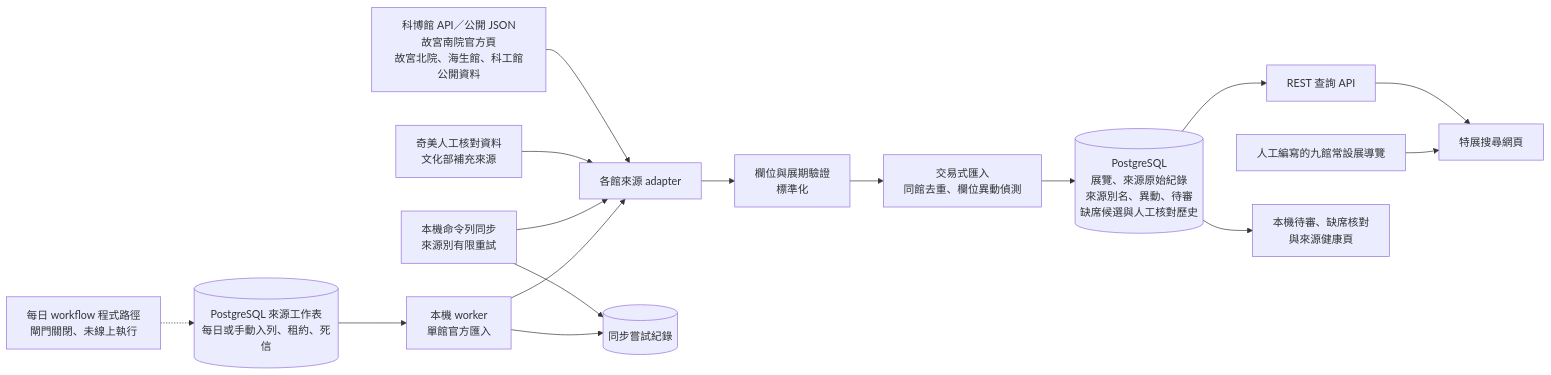
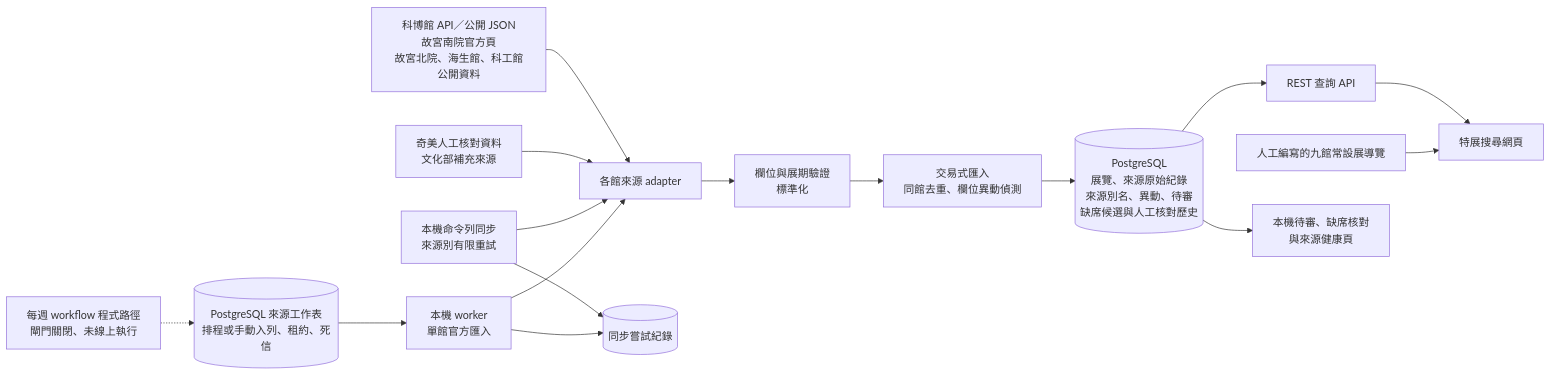
Before and after one commit to AndyLinStrongtyping/event-radar: the diagram in docs/architecture.md, drawn with Mermaid. The commit also changed other lines of this file and 18 other files, not shown here.

````diff
--- a/docs/architecture.md
+++ b/docs/architecture.md
@@ -7,18 +7,18 @@
 ```mermaid
 flowchart LR
     A["科博館 API／公開 JSON<br/>故宮南院官方頁<br/>故宮北院、海生館、科工館公開資料"] --> B["各館來源 adapter"]
     C["奇美人工核對資料<br/>文化部補充來源"] --> B
     B --> D["欄位與展期驗證<br/>標準化"]
     D --> E["交易式匯入<br/>同館去重、欄位異動偵測"]
     E --> F[("PostgreSQL<br/>展覽、來源原始紀錄<br/>來源別名、異動、待審<br/>缺席候選與人工核對歷史")]
     G["本機命令列同步<br/>來源別有限重試"] --> B
     G --> H[("同步嘗試紀錄")]
-    S["每日 workflow 程式路徑<br/>閘門關閉、未線上執行"] -.-> Q
-    Q[("PostgreSQL 來源工作表<br/>每日或手動入列、租約、死信")] --> W["本機 worker<br/>單館官方匯入"]
+    S["每週 workflow 程式路徑<br/>閘門關閉、未線上執行"] -.-> Q
+    Q[("PostgreSQL 來源工作表<br/>排程或手動入列、租約、死信")] --> W["本機 worker<br/>單館官方匯入"]
     W --> B
     W --> H
     F --> I["REST 查詢 API"]
     I --> J["特展搜尋網頁"]
     K["人工編寫的九館常設展導覽"] --> J
     F --> L["本機待審、缺席核對<br/>與來源健康頁"]
 ```
````
